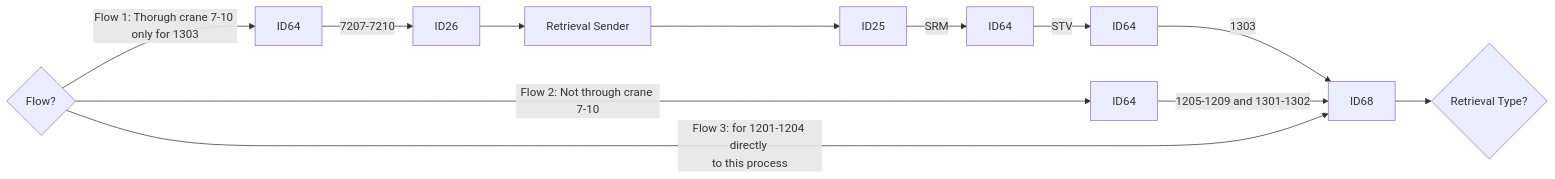
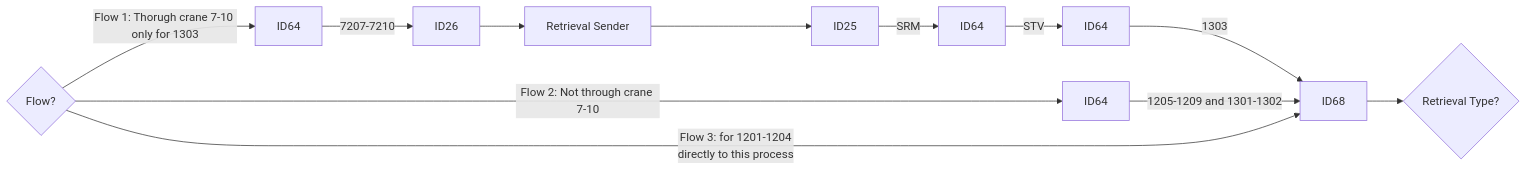
The third of 21 diagrams in Basic-Design/DFD-WMS/Retrieval/Specific-Location-Retrieval-Setting.md (luthfiadityaa/SimeDarby-Wiki), drawn with Mermaid before and after one commit.

Commit message:
Updated Specific Location Retrieval Setting

```diff
--- a/Basic-Design/DFD-WMS/Retrieval/Specific-Location-Retrieval-Setting.md
+++ b/Basic-Design/DFD-WMS/Retrieval/Specific-Location-Retrieval-Setting.md
@@ -26,12 +26,12 @@
 ::: mermaid
 flowchart LR
 
 Cond1{Flow?} 
 
 Cond1{Flow?}--> |Flow 1: Thorugh crane 7-10 only for 1303| P5[ID64]--> |7207-7210| P8[ID26]-->P9[Retrieval Sender]-->P10[ID25]--> |SRM| P11[ID64]--> |STV| P12[ID64]--> |1303| P7[ID68]
 Cond1{Flow?}--> |Flow 2: Not through crane 7-10| P6[ID64]--> |1205-1209 and 1301-1302| P7[ID68]
-Cond1{Flow?}--> |Flow 3: for 1201-1204 directly 
-to this process| P7[ID68]
+Cond1{Flow?}--> |Flow 3: for 1201-1204 
+directly to this process| P7[ID68]
 
 P7[ID68]-->Cond2{Retrieval Type?} 
 :::
```
